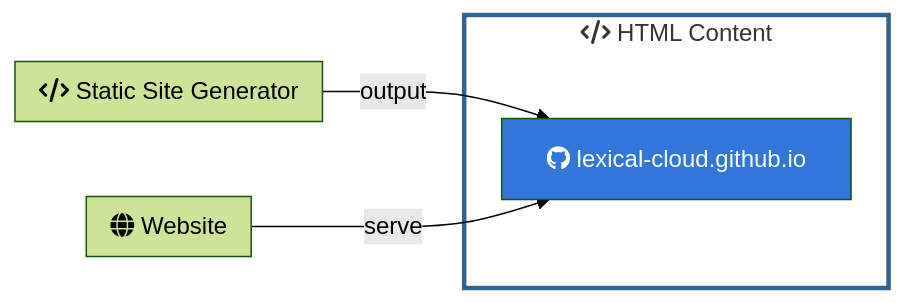
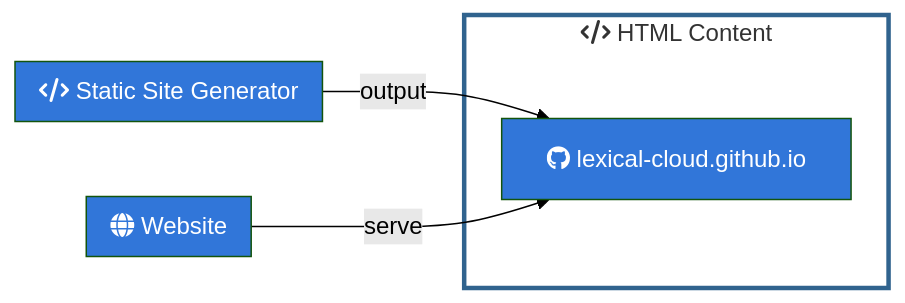
Before and after one commit to lexical-cloud/lexical-cloud-docs: the eighth of 11 diagrams in en/pages/project.md, drawn with Mermaid (forest theme). The commit also changed other lines of this file, not shown here.

````diff
--- a/en/pages/project.md
+++ b/en/pages/project.md
@@ -441,22 +445,24 @@
 ```mermaid
 flowchart LR
 %% entities
   C1["fab:fa-github lexical-cloud.github.io"]
 %% groups
   subgraph G1["fa:fa-code HTML Content"]
     C1
   end
   subgraph G2["fa:fa-code Static Site Generator"]
   end
   subgraph G3["fa:fa-globe Website"]
   end
 %% relationships
   G2 -->|output| C1
   G3 -->|serve| C1
 %% styles
   classDef clickable fill:#3176d9,color:white
   classDef cluster fill:white
   style G1 stroke:#30638E,stroke-width:3px
 %% interactions
   click C1 href "https://www.github.com/lexical-cloud/lexical-cloud.github.io" _blank
+  click G2 "#static-site-generator"
+  click G3 "#website"
 ```
````
